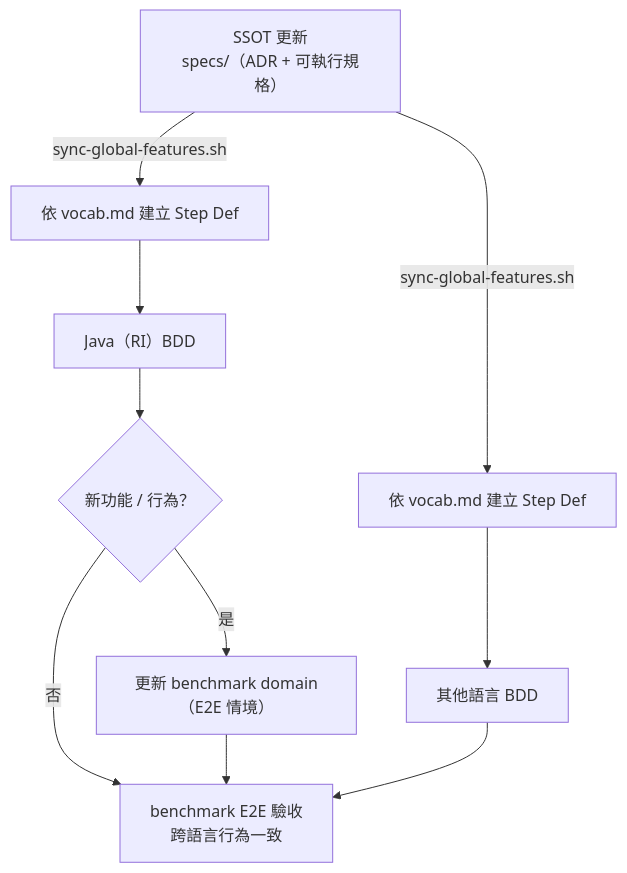
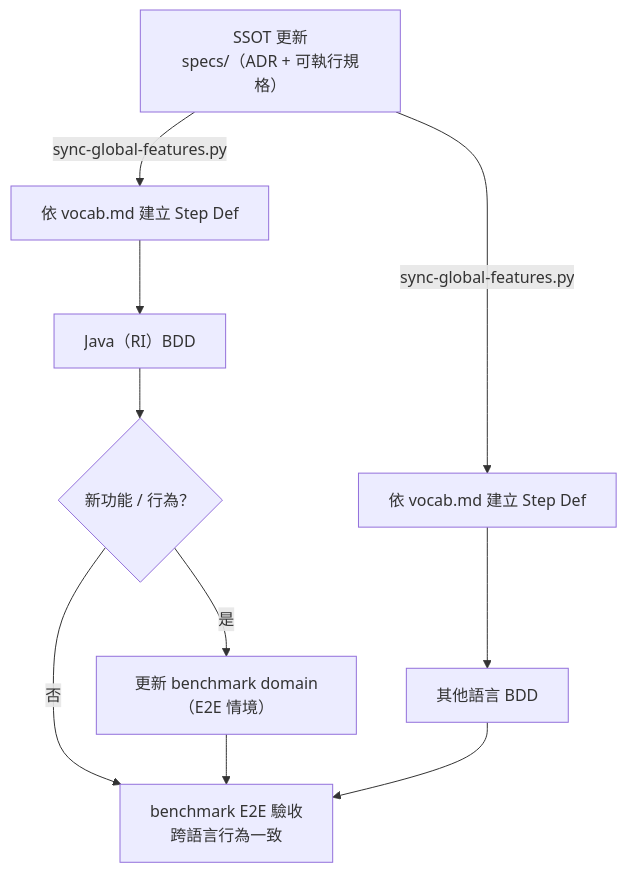
Before and after one commit to SpecFormula/specformula-docs: the diagram in content/docs/contributing/index.mdx, drawn with Mermaid. The commit also changed other lines of this file and 5 other files, not shown here.

First line of the commit message:
fix: point the sync-script references at sync-global-features.py

````diff
--- a/content/docs/contributing/index.mdx
+++ b/content/docs/contributing/index.mdx
@@ -12,13 +12,13 @@
 ```mermaid
 flowchart TB
     SPEC["SSOT 更新<br/>specs/（ADR + 可執行規格）"]
-    SPEC -->|sync-global-features.sh| A0["依 vocab.md 建立 Step Def"]
+    SPEC -->|sync-global-features.py| A0["依 vocab.md 建立 Step Def"]
     A0 --> A1["Java（RI）BDD"]
     A1 --> A2{"新功能 / 行為？"}
     A2 -->|是| A3["更新 benchmark domain（E2E 情境）"]
     A2 -->|否| BV["benchmark E2E 驗收<br/>跨語言行為一致"]
     A3 --> BV
-    SPEC -->|sync-global-features.sh| B0["依 vocab.md 建立 Step Def"]
+    SPEC -->|sync-global-features.py| B0["依 vocab.md 建立 Step Def"]
     B0 --> B1["其他語言 BDD"]
     B1 --> BV
 ```
````
